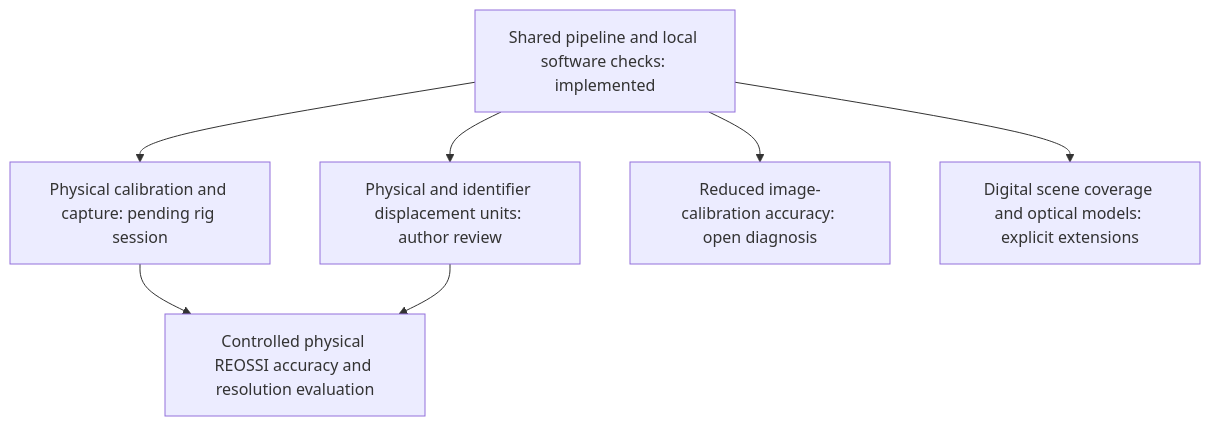
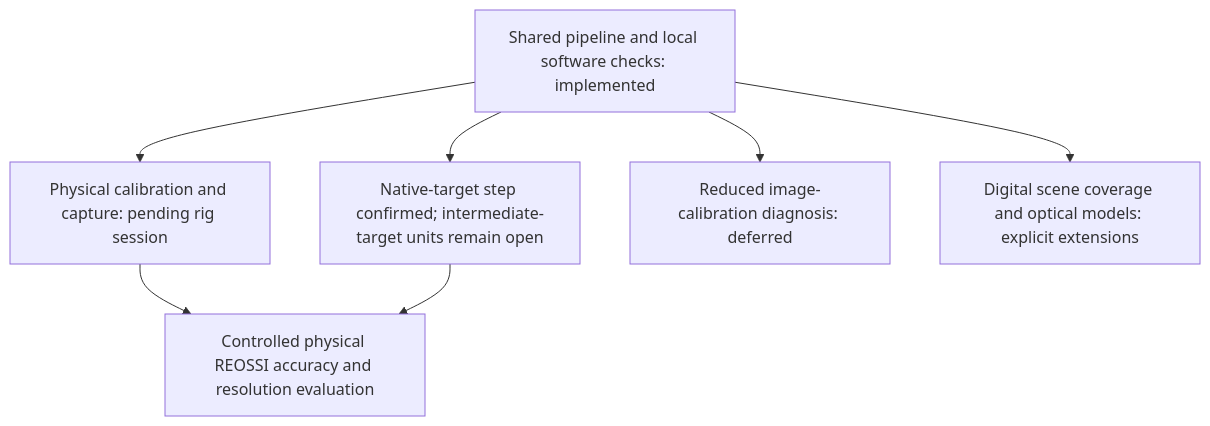
One commit to rolandocortez/REOSSI changed the diagram in ROADMAP.md. Above: the diagram before and after it, drawn with Mermaid. The commit also changed other lines of this file and 13 other files, not shown here.

````diff
--- a/ROADMAP.md
+++ b/ROADMAP.md
@@ -21,10 +21,10 @@
 ```mermaid
 flowchart TD
     Core[Shared pipeline and local software checks: implemented]
     Core --> Rig[Physical calibration and capture: pending rig session]
-    Core --> Units[Physical and identifier displacement units: author review]
-    Core --> Digital[Reduced image-calibration accuracy: open diagnosis]
+    Core --> Units[Native-target step confirmed; intermediate-target units remain open]
+    Core --> Digital[Reduced image-calibration diagnosis: deferred]
     Core --> Scenes[Digital scene coverage and optical models: explicit extensions]
     Rig --> Evaluation[Controlled physical REOSSI accuracy and resolution evaluation]
     Units --> Evaluation
 ```
````
